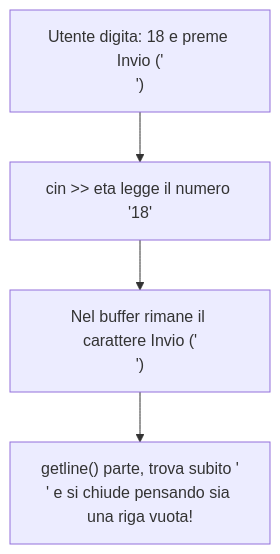
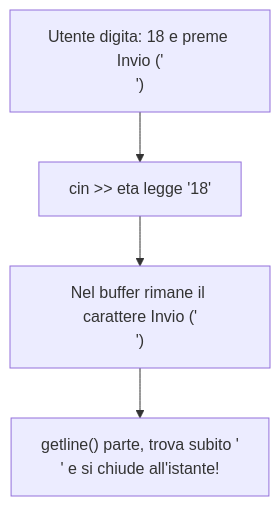
Before and after one commit to Ale3086/AppuntiAleCas: the third of 3 diagrams in content/Informatica/Cpp/Le variabili.md, drawn with Mermaid. The commit also changed other lines of this file and 119 other files, not shown here.

````diff
--- a/content/Informatica/Cpp/Le variabili.md
+++ b/content/Informatica/Cpp/Le variabili.md
@@ -115,9 +124,9 @@
 ```mermaid
 flowchart TD
     Tastiera["Utente digita: 18 e preme Invio ('\n')"]
-    Cin["cin >> eta legge il numero '18'"]
+    Cin["cin >> eta legge '18'"]
     Buffer["Nel buffer rimane il carattere Invio ('\n')"]
-    Getline["getline() parte, trova subito '\n' e si chiude pensando sia una riga vuota!"]
+    Getline["getline() parte, trova subito '\n' e si chiude all'istante!"]
 
     Tastiera --> Cin --> Buffer --> Getline
 ```
````
